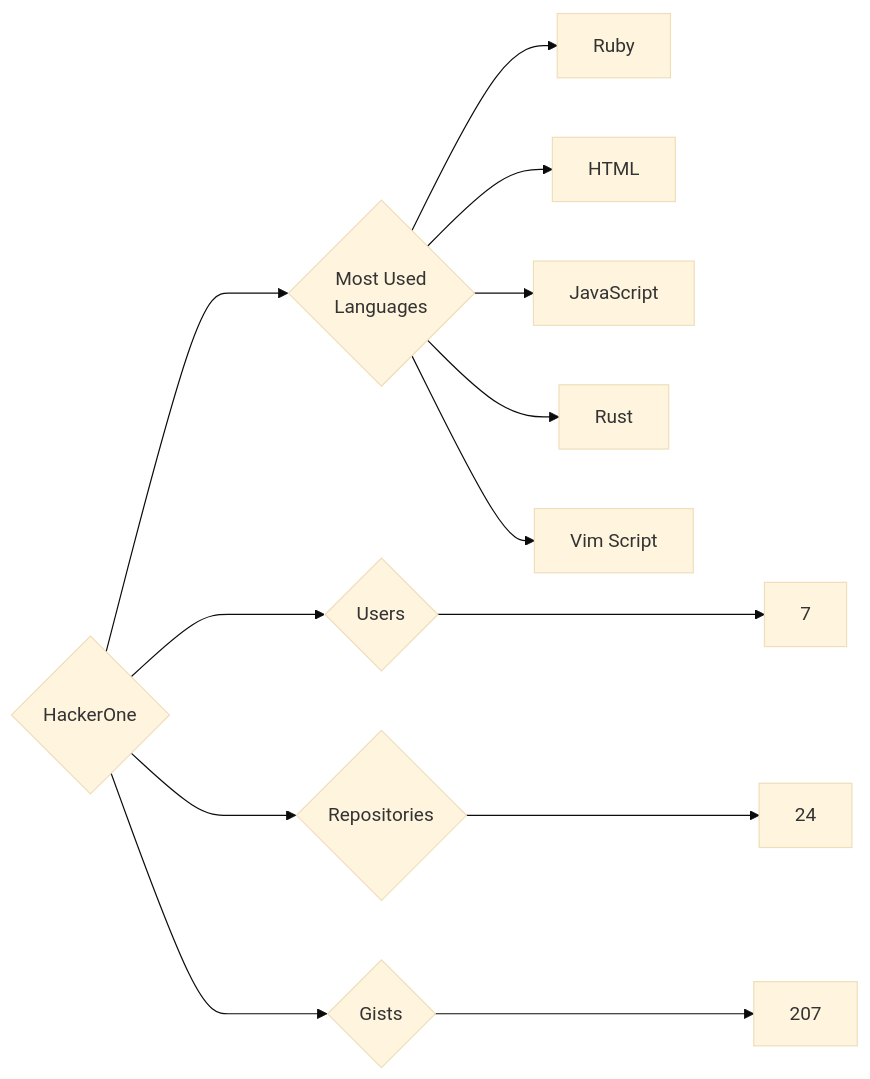
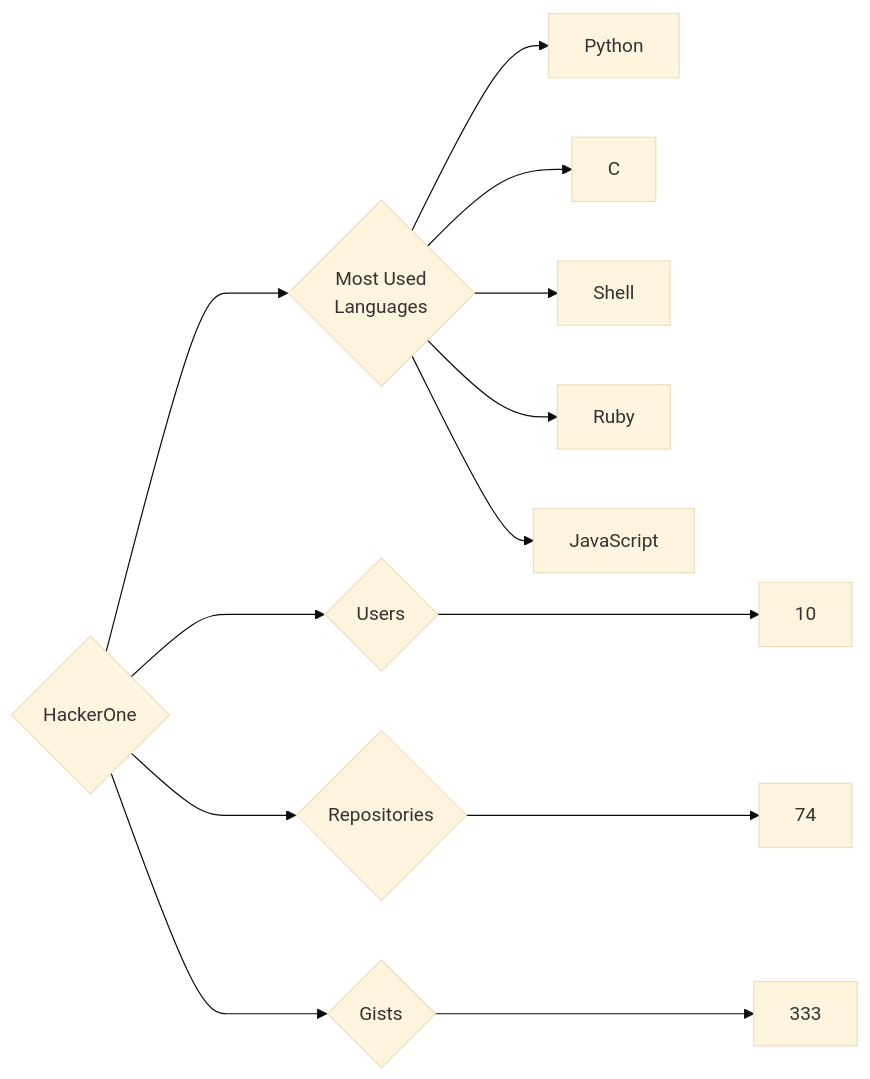
The diagram in targets/HackerOne/README.md (trickest/insiders), drawn with Mermaid (base theme) before and after one commit. The commit also changed 840 other files, not shown here.

````diff
--- a/targets/HackerOne/README.md
+++ b/targets/HackerOne/README.md
@@ -3,13 +3,13 @@
 ```mermaid
 graph LR
 COMPANY_NAME{HackerOne}
-COMPANY_NAME ---> U{Users} ---> UN[7]
-COMPANY_NAME ---> R{Repositories} ---> RN[24]
-COMPANY_NAME ---> G{Gists} ---> GN[207]
+COMPANY_NAME ---> U{Users} ---> UN[10]
+COMPANY_NAME ---> R{Repositories} ---> RN[74]
+COMPANY_NAME ---> G{Gists} ---> GN[333]
 COMPANY_NAME ---> ML{Most Used<br>Languages}
+ML --> Python[Python]
+ML --> C[C]
+ML --> Shell[Shell]
 ML --> Ruby[Ruby]
-ML --> HTML[HTML]
 ML --> JavaScript[JavaScript]
-ML --> Rust[Rust]
-ML --> Vim_Script[Vim Script]
 ```
````
